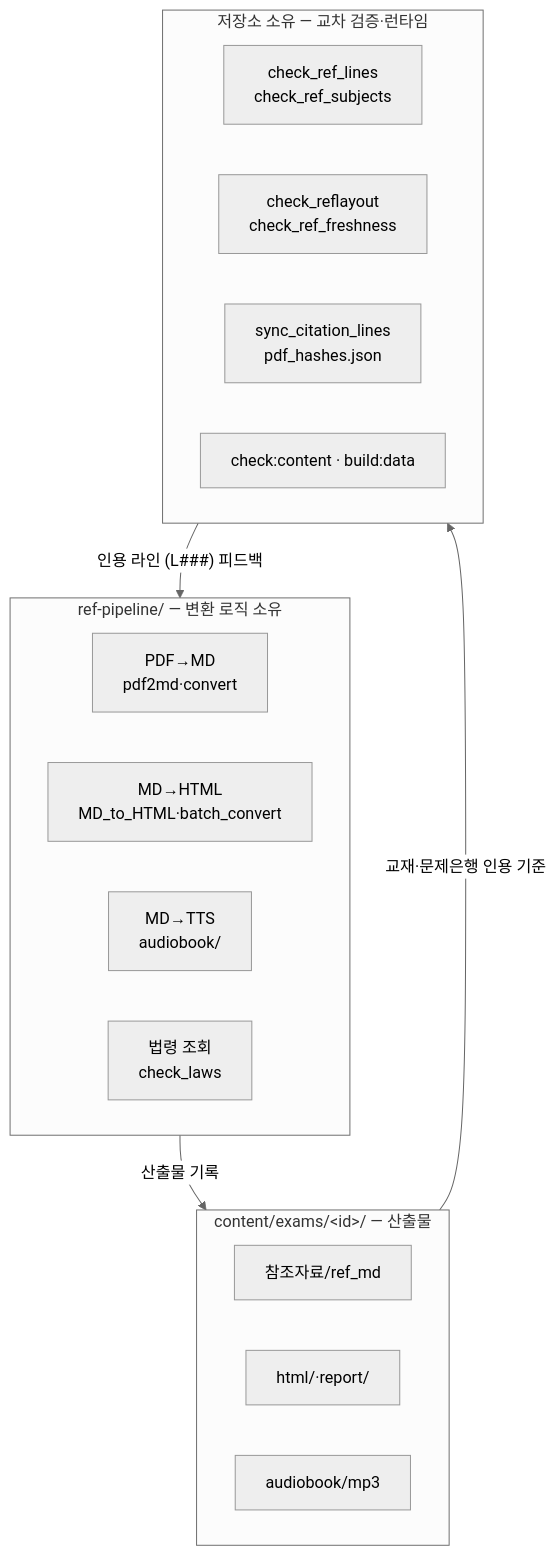
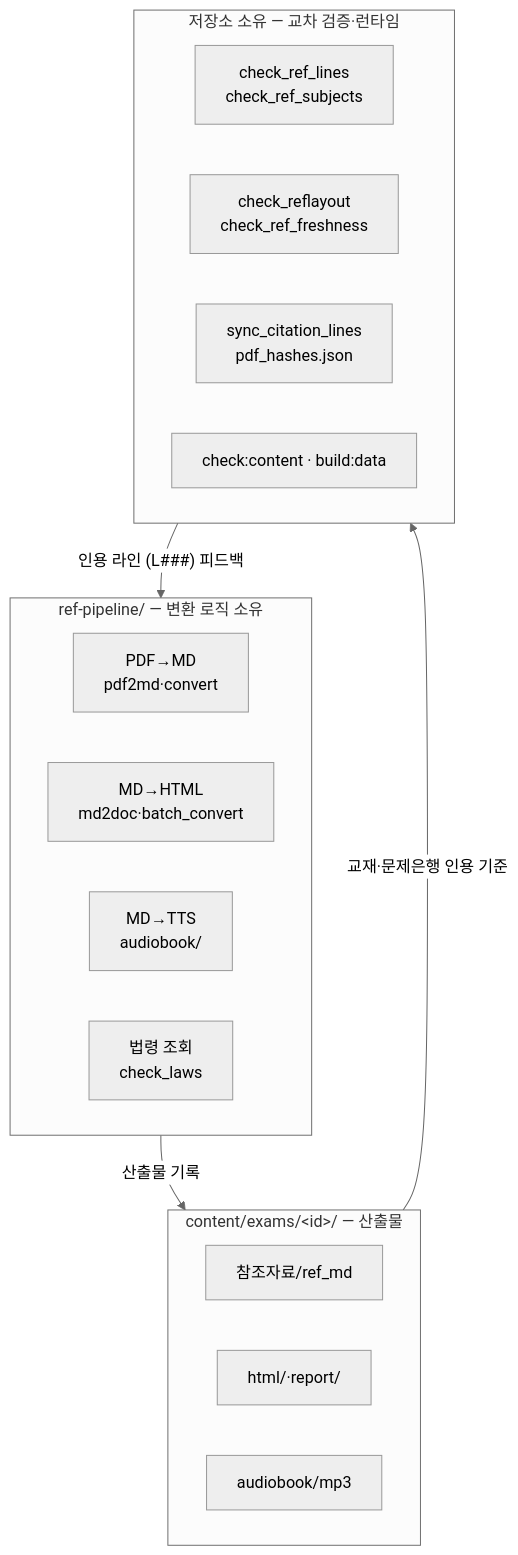
Before and after one commit to skygoldlee-cyber/Personalized_Skincare: the third of 3 diagrams in ref-pipeline/README.md, drawn with Mermaid (neutral theme). The commit also changed other lines of this file and 9 other files, not shown here.

````diff
--- a/ref-pipeline/README.md
+++ b/ref-pipeline/README.md
@@ -211,26 +211,26 @@
 ```mermaid
 flowchart TB
     subgraph RP["ref-pipeline/ — 변환 로직 소유"]
         T1["PDF→MD<br/>pdf2md·convert"]
-        T2["MD→HTML<br/>MD_to_HTML·batch_convert"]
+        T2["MD→HTML<br/>md2doc·batch_convert"]
         T3["MD→TTS<br/>audiobook/"]
         T4["법령 조회<br/>check_laws"]
     end
 
     subgraph CT["content/exams/&lt;id&gt;/ — 산출물"]
         C1["참조자료/ref_md"]
         C2["html/·report/"]
         C3["audiobook/mp3"]
     end
 
     subgraph REPO["저장소 소유 — 교차 검증·런타임"]
         V1["check_ref_lines<br/>check_ref_subjects"]
         V2["check_reflayout<br/>check_ref_freshness"]
         V3["sync_citation_lines<br/>pdf_hashes.json"]
         V4["check:content · build:data"]
     end
 
     RP -- 산출물 기록 --> CT
     CT -- 교재·문제은행 인용 기준 --> REPO
     REPO -- "인용 라인 (L###) 피드백" --> RP
 ```
````
